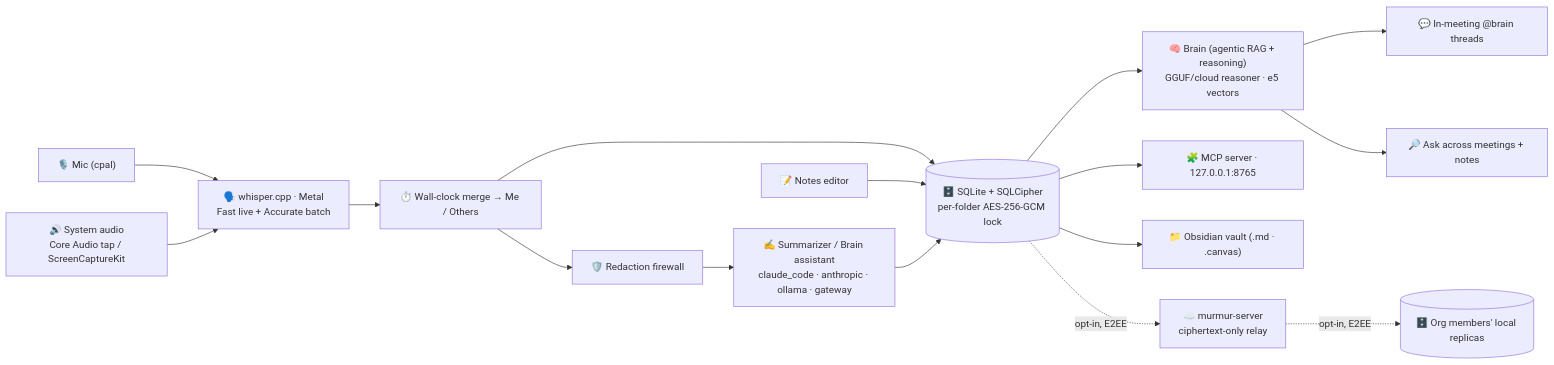
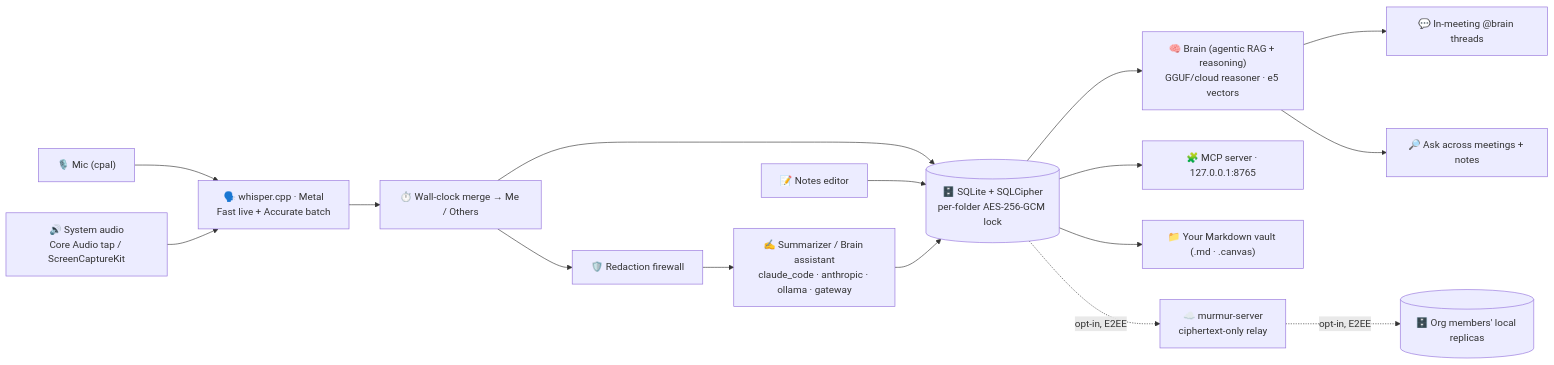
Before and after one commit to murmur-io/murmur: the diagram in README.md, drawn with Mermaid. The commit also changed other lines of this file and 1 other file, not shown here.

First line of the commit message:
docs: drop Obsidian framing — Murmur is a native app, not an Obsidian layer

````diff
--- a/README.md
+++ b/README.md
@@ -339,19 +339,19 @@
 ```mermaid
 flowchart LR
   mic["🎙️ Mic (cpal)"] --> asr
   sys["🔊 System audio<br/>Core Audio tap / ScreenCaptureKit"] --> asr
   asr["🗣️ whisper.cpp · Metal<br/>Fast live + Accurate batch"] --> merge
   merge["⏱️ Wall-clock merge → Me / Others"] --> db
   merge --> redact
   notes["📝 Notes editor"] --> db
   redact["🛡️ Redaction firewall"] --> prov
   prov["✍️ Summarizer / Brain assistant<br/>claude_code · anthropic · ollama · gateway"] --> db
   db[("🗄️ SQLite + SQLCipher<br/>per-folder AES-256-GCM lock")]
   db --> brain["🧠 Brain (agentic RAG + reasoning)<br/>GGUF/cloud reasoner · e5 vectors"]
   brain --> live["💬 In-meeting @brain threads"]
   brain --> ask["🔎 Ask across meetings + notes"]
   db --> mcp["🧩 MCP server · 127.0.0.1:8765"]
-  db --> vault["📁 Obsidian vault (.md · .canvas)"]
+  db --> vault["📁 Your Markdown vault (.md · .canvas)"]
   db -.opt-in, E2EE.-> relay["☁️ murmur-server<br/>ciphertext-only relay"]
   relay -.opt-in, E2EE.-> orgdb[("🗄️ Org members' local replicas")]
 ```
````
